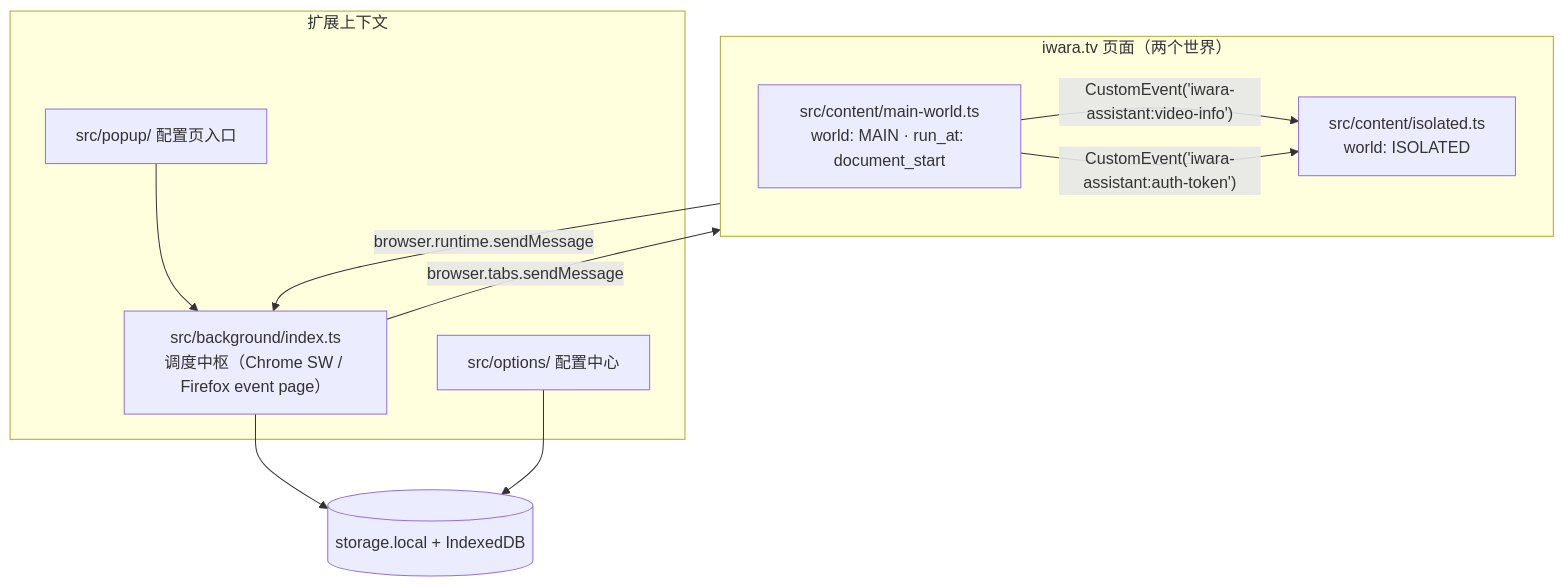
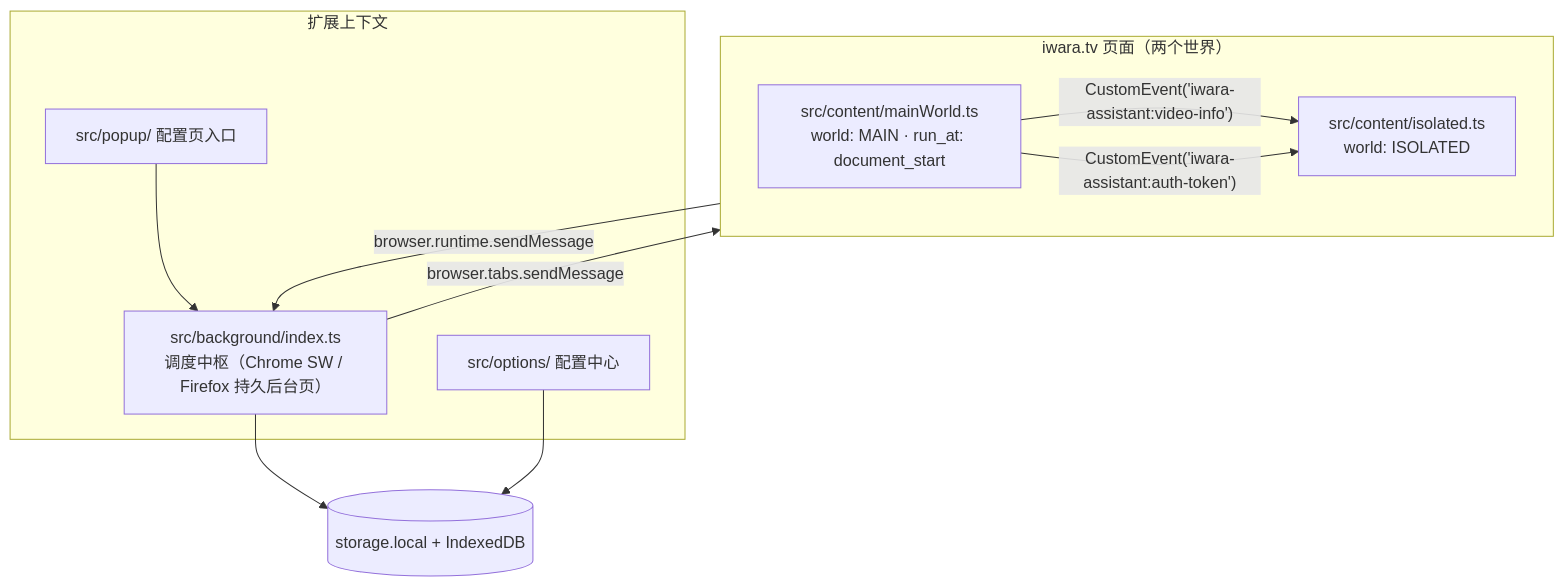
One commit to dawn-lc/IwaraAssistant changed the diagram in docs/01-architecture.md. Above: the diagram before and after it, drawn with Mermaid. The commit also changed other lines of this file and 56 other files, not shown here.

````diff
--- a/docs/01-architecture.md
+++ b/docs/01-architecture.md
@@ -7,20 +7,20 @@
 ```mermaid
 flowchart TB
     subgraph page["iwara.tv 页面（两个世界）"]
         direction LR
-        MW["src/content/main-world.ts<br/>world: MAIN · run_at: document_start"]
+        MW["src/content/mainWorld.ts<br/>world: MAIN · run_at: document_start"]
         ISO["src/content/isolated.ts<br/>world: ISOLATED"]
     end
     subgraph extension["扩展上下文"]
-        BG["src/background/index.ts<br/>调度中枢（Chrome SW / Firefox event page）"]
+        BG["src/background/index.ts<br/>调度中枢（Chrome SW / Firefox 持久后台页）"]
         OPT["src/options/ 配置中心"]
         SP["src/popup/ 配置页入口"]
     end
     MW -- "CustomEvent('iwara-assistant:video-info')" --> ISO
     MW -- "CustomEvent('iwara-assistant:auth-token')" --> ISO
     ISO -- "browser.runtime.sendMessage" --> BG
     BG -- "browser.tabs.sendMessage" --> ISO
     BG --> ST[("storage.local + IndexedDB")]
     OPT --> ST
     SP --> BG
 ```
````
